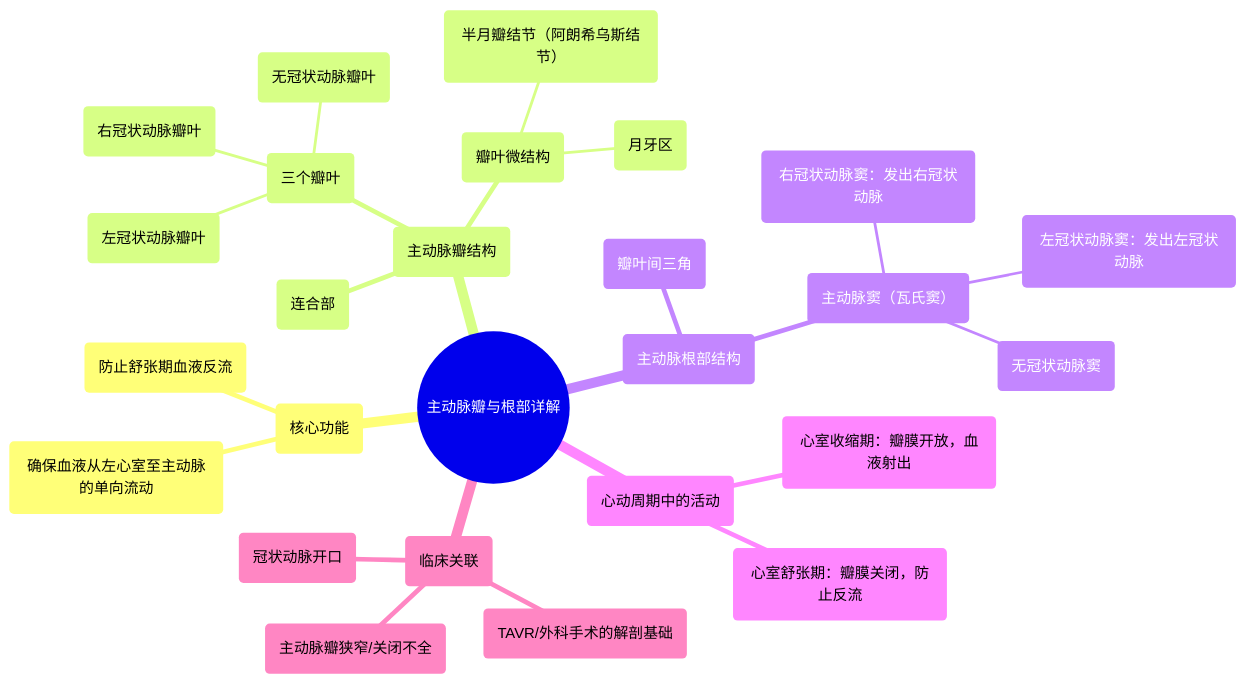
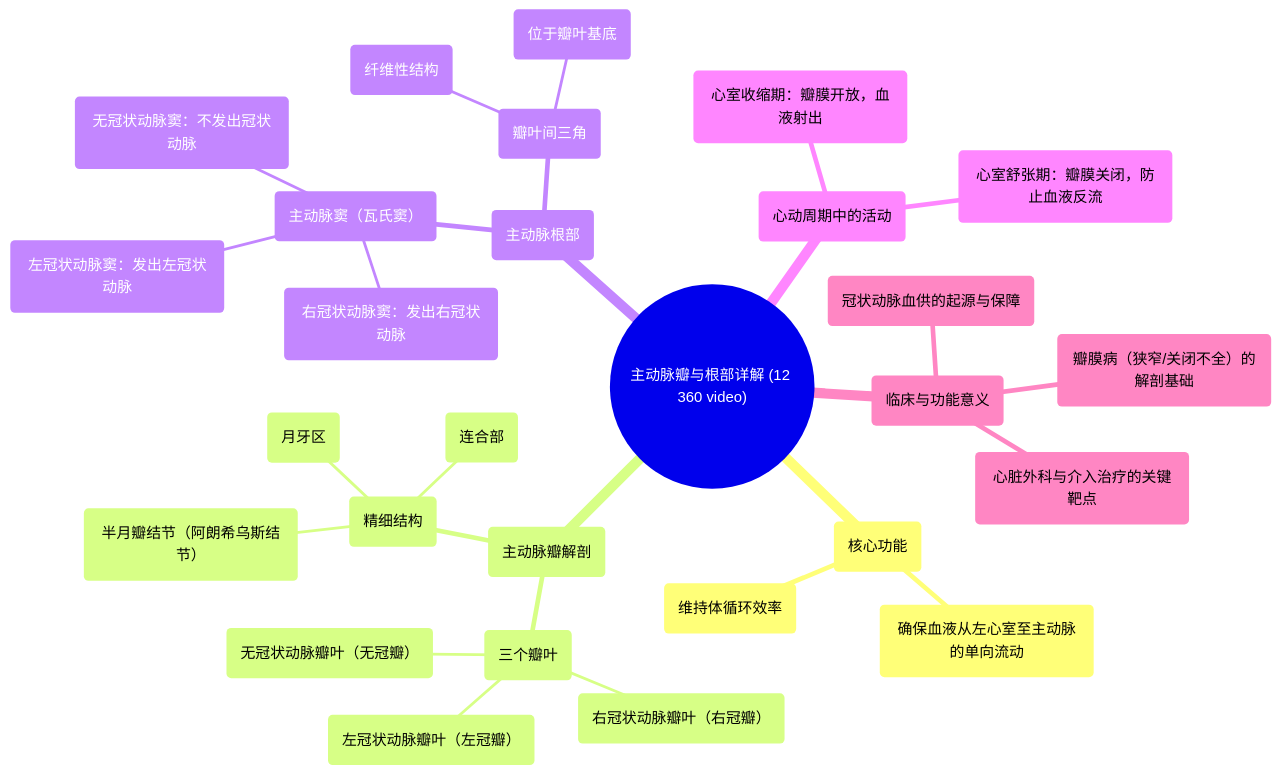
Before and after one commit to hello-47777/xinxueguan: the diagram in docs/专辑 01：心脏解剖学实景课 (Heart Anatomy - Course)/12 360 video - Aortic Valve - Explained in Mixed Reality.md, drawn with Mermaid. The commit also changed other lines of this file and 414 other files, not shown here.

````diff
--- a/docs/专辑 01：心脏解剖学实景课 (Heart Anatomy - Course)/12 360 video - Aortic Valve - Explained in Mixed Reality.md
+++ b/docs/专辑 01：心脏解剖学实景课 (Heart Anatomy - Course)/12 360 video - Aortic Valve - Explained in Mixed Reality.md
@@ -52,29 +46,31 @@
 ```mermaid
 mindmap
-  root(("主动脉瓣与根部详解"))
+  root(("主动脉瓣与根部详解 (12 360 video)"))
     ("核心功能")
       ("确保血液从左心室至主动脉的单向流动")
-      ("防止舒张期血液反流")
-    ("主动脉瓣结构")
+      ("维持体循环效率")
+    ("主动脉瓣解剖")
       ("三个瓣叶")
-        ("右冠状动脉瓣叶")
-        ("左冠状动脉瓣叶")
-        ("无冠状动脉瓣叶")
-      ("瓣叶微结构")
+        ("右冠状动脉瓣叶（右冠瓣）")
+        ("左冠状动脉瓣叶（左冠瓣）")
+        ("无冠状动脉瓣叶（无冠瓣）")
+      ("精细结构")
         ("半月瓣结节（阿朗希乌斯结节）")
         ("月牙区")
-      ("连合部")
-    ("主动脉根部结构")
+        ("连合部")
+    ("主动脉根部")
       ("主动脉窦（瓦氏窦）")
         ("右冠状动脉窦：发出右冠状动脉")
         ("左冠状动脉窦：发出左冠状动脉")
-        ("无冠状动脉窦")
+        ("无冠状动脉窦：不发出冠状动脉")
       ("瓣叶间三角")
+        ("纤维性结构")
+        ("位于瓣叶基底")
     ("心动周期中的活动")
       ("心室收缩期：瓣膜开放，血液射出")
-      ("心室舒张期：瓣膜关闭，防止反流")
-    ("临床关联")
-      ("主动脉瓣狭窄/关闭不全")
-      ("冠状动脉开口")
-      ("TAVR/外科手术的解剖基础")
+      ("心室舒张期：瓣膜关闭，防止血液反流")
+    ("临床与功能意义")
+      ("冠状动脉血供的起源与保障")
+      ("瓣膜病（狭窄/关闭不全）的解剖基础")
+      ("心脏外科与介入治疗的关键靶点")
 ```
````
